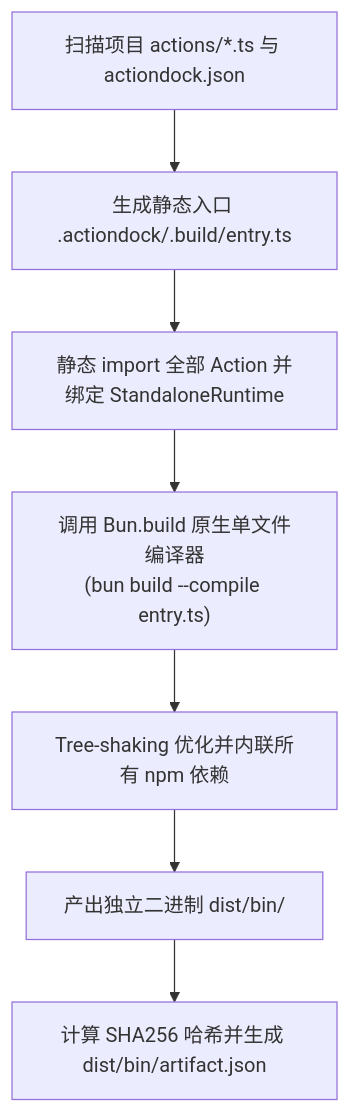
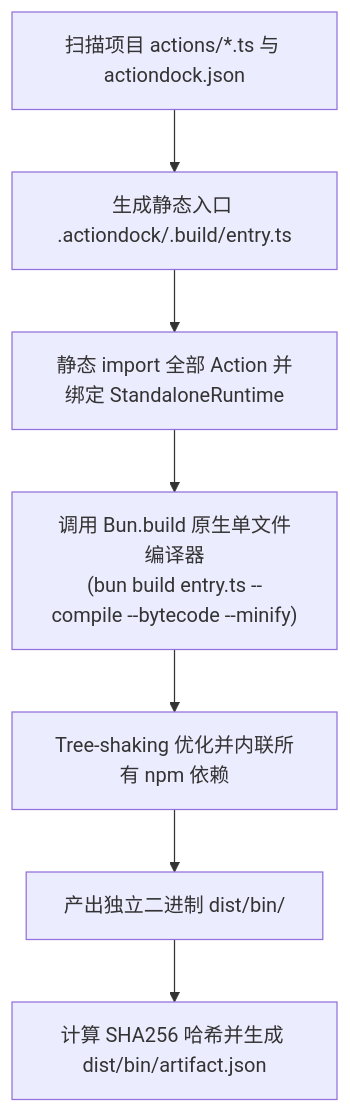
One commit to team4u/actiondock changed the diagram in docs/build-and-export.md. Above: the diagram before and after it, drawn with Mermaid. The commit also changed 8 other files, not shown here.

Commit message:
feat(build): add --compile, --bytecode, and --minify flags for binary builds

````diff
--- a/docs/build-and-export.md
+++ b/docs/build-and-export.md
@@ -17,9 +17,9 @@
 ```mermaid
 graph TD
     Scan["扫描项目 actions/*.ts 与 actiondock.json"] --> Gen["生成静态入口 .actiondock/.build/entry.ts"]
     Gen --> Import["静态 import 全部 Action 并绑定 StandaloneRuntime"]
-    Import --> BunCompile["调用 Bun.build 原生单文件编译器<br/>(bun build --compile entry.ts)"]
+    Import --> BunCompile["调用 Bun.build 原生单文件编译器<br/>(bun build entry.ts --compile --bytecode --minify)"]
     BunCompile --> TreeShake["Tree-shaking 优化并内联所有 npm 依赖"]
     TreeShake --> Binary["产出独立二进制 dist/bin/<package-id>"]
     Binary --> Hash["计算 SHA256 哈希并生成 dist/bin/artifact.json"]
 ```
````
